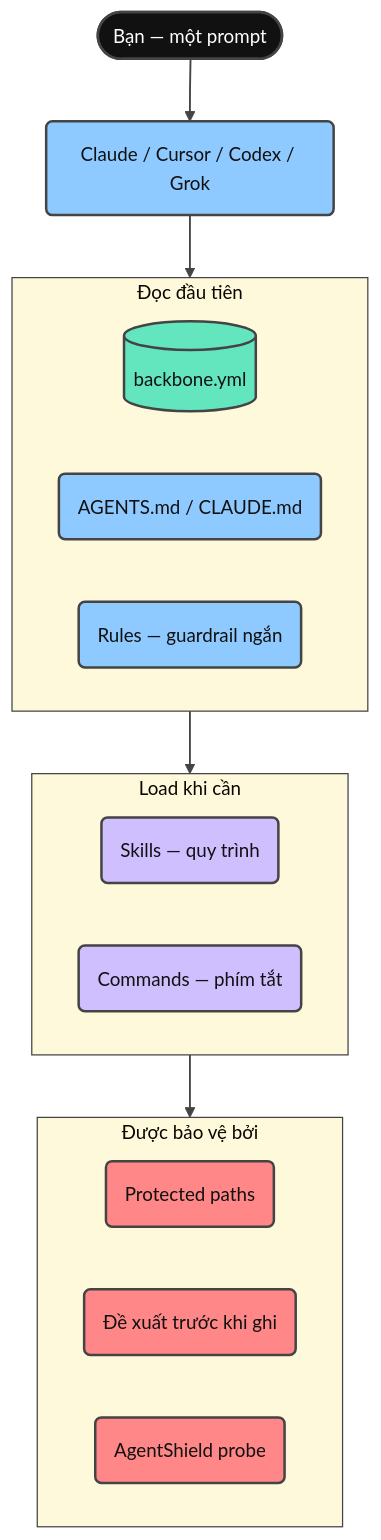
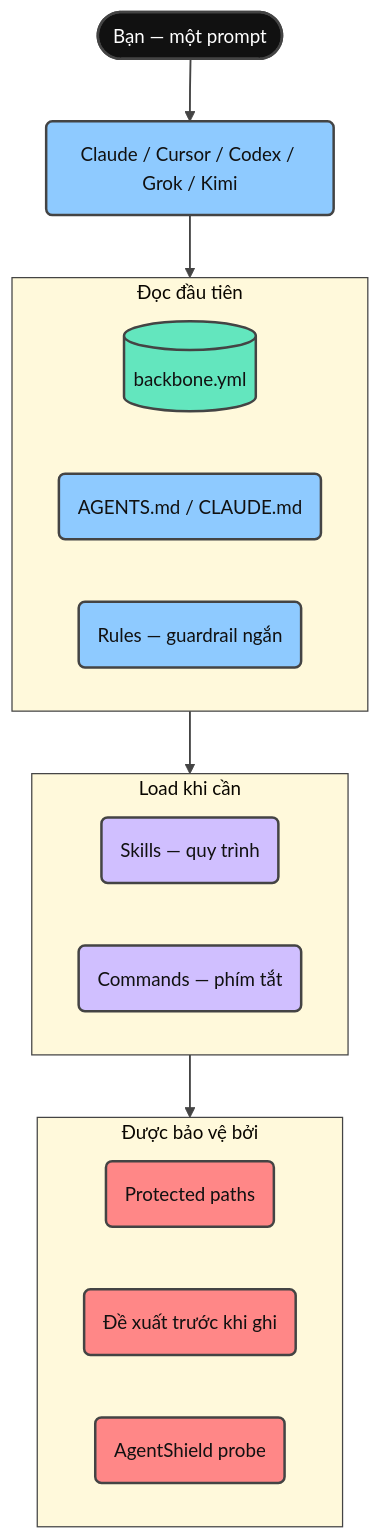
One commit to giang6283623/minimal-vibe-coding-kit changed the second of 8 diagrams in docs/README.vi.md. Above: the diagram before and after it, drawn with Mermaid. The commit also changed other lines of this file and 8 other files, not shown here.

Commit message:
docs: kimi surface, graph renderer, and writing-style rule across en/vi/zh docs and changelog

````diff
--- a/docs/README.vi.md
+++ b/docs/README.vi.md
@@ -157,51 +157,51 @@
 ```mermaid
 ---
 config:
   theme: base
   themeVariables:
     fontFamily: cascadia mono, consolas, noto sans mono, menlo, monospace
     fontSize: 15px
     lineColor: "#444444"
     textColor: "#111111"
     edgeLabelBackground: "#FFFFFF"
     clusterBkg: "#FFF9DB"
     clusterBorder: "#444444"
 ---
 flowchart TD
-    You([Bạn — một prompt]) --> Agent("Claude / Cursor / Codex / Grok")
+    You([Bạn — một prompt]) --> Agent("Claude / Cursor / Codex / Grok / Kimi")
 
     subgraph First["Đọc đầu tiên"]
         Backbone[("backbone.yml")]
         Docs("AGENTS.md / CLAUDE.md")
         Rules("Rules — guardrail ngắn")
     end
 
     subgraph Demand["Load khi cần"]
         Skills("Skills — quy trình")
         Commands("Commands — phím tắt")
     end
 
     subgraph Guard["Được bảo vệ bởi"]
         Protected("Protected paths")
         Propose("Đề xuất trước khi ghi")
         Shield("AgentShield probe")
     end
 
     Agent --> First
     First --> Demand
     Demand --> Guard
 
     classDef terminal fill:#111111,stroke:#444444,stroke-width:2px,color:#FFFFFF
     classDef step fill:#8ECAFF,stroke:#444444,stroke-width:2px,color:#111111
     classDef data fill:#63E6BE,stroke:#444444,stroke-width:2px,color:#111111
     classDef accent fill:#D0BFFF,stroke:#444444,stroke-width:2px,color:#111111
     classDef danger fill:#FF8787,stroke:#444444,stroke-width:2px,color:#111111
     linkStyle default stroke:#444444,stroke-width:1.5px
 
     class You terminal
     class Agent step
     class Backbone data
     class Docs,Rules step
     class Skills,Commands accent
     class Protected,Propose,Shield danger
 ```
````
